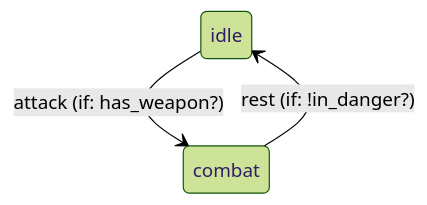
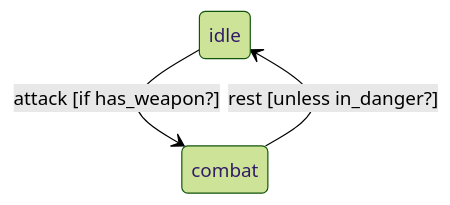
Before and after one commit to state-machines/state_machines-mermaid: the second of 2 diagrams in README.md, drawn with Mermaid (forest theme). The commit also changed 2 other files, not shown here.

Commit message:
Normalize Mermaid guard/action output

````diff
--- a/README.md
+++ b/README.md
@@ -99,7 +99,7 @@
 ```mermaid
 stateDiagram-v2
   idle : idle
   combat : combat
-  idle --> combat : attack (if: has_weapon?)
-  combat --> idle : rest (if: !in_danger?)
+  idle --> combat : attack [if has_weapon?]
+  combat --> idle : rest [unless in_danger?]
 ```
````
